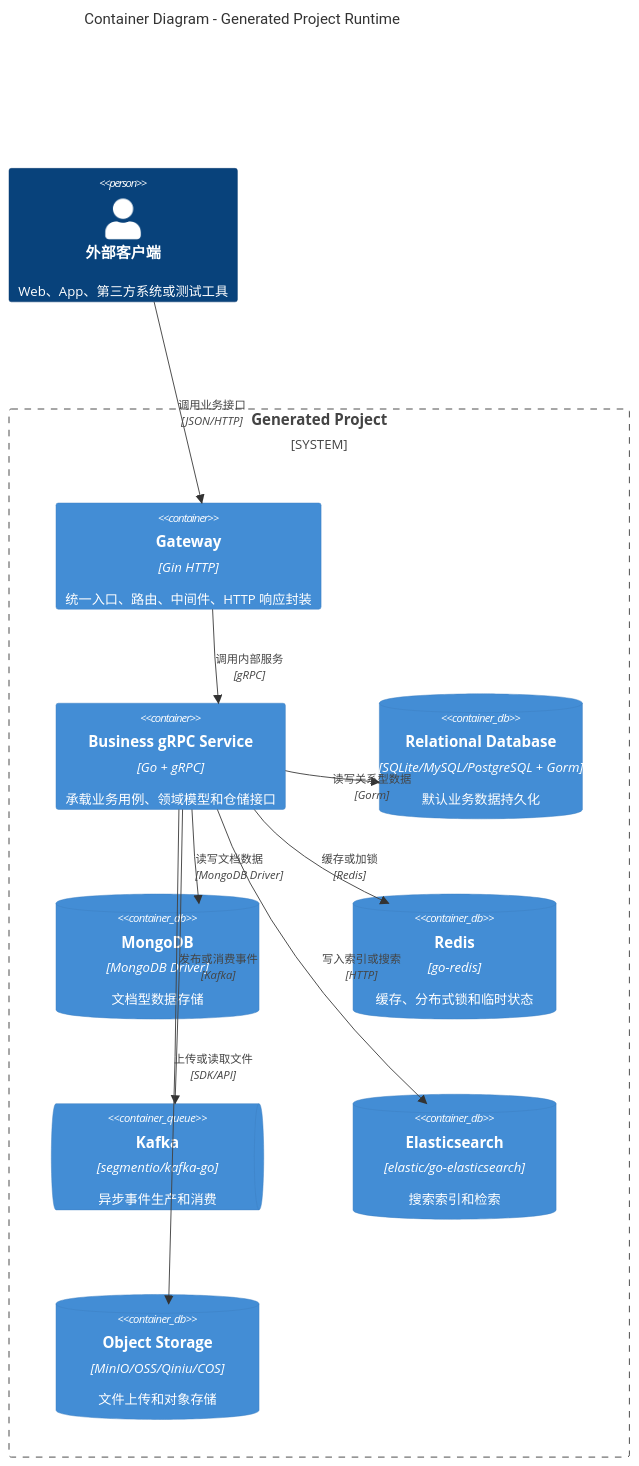
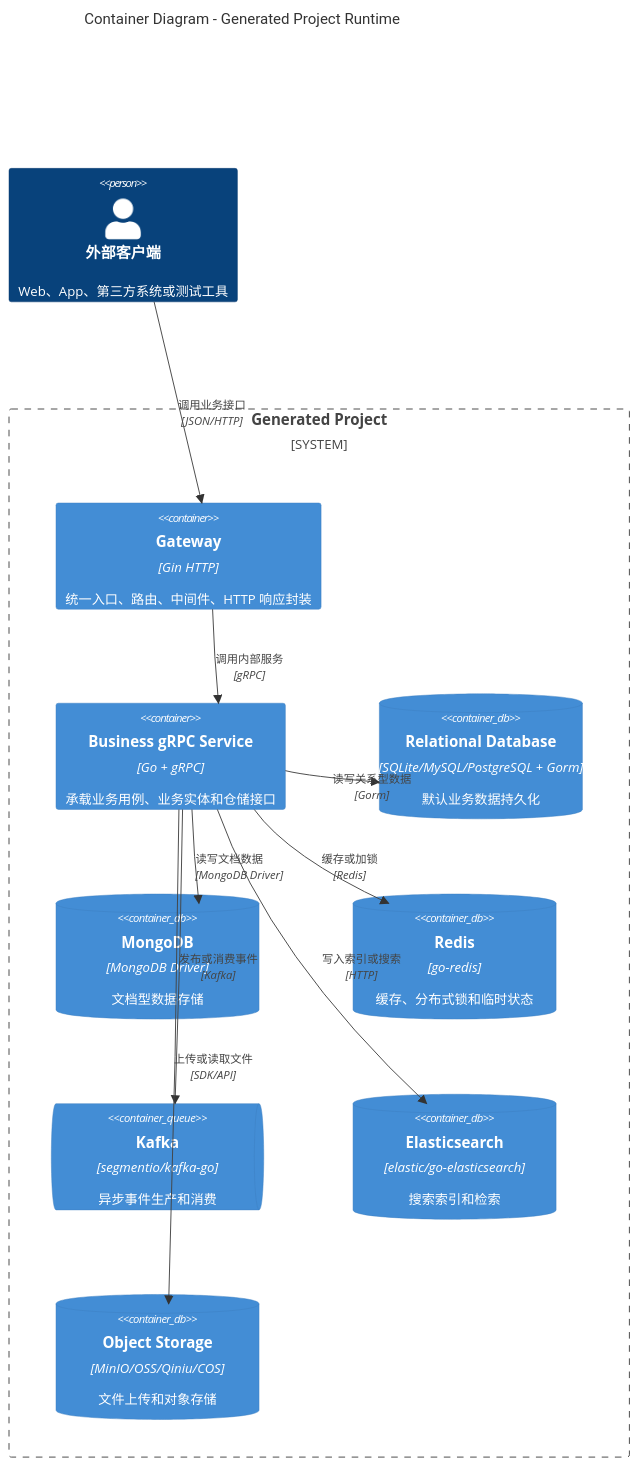
Before and after one commit to BwCloudWeGo/bw-cli: the second of 3 diagrams in README.md, drawn with Mermaid. The commit also changed other lines of this file and 36 other files, not shown here.

````diff
--- a/README.md
+++ b/README.md
@@ -501,26 +503,26 @@
 ```mermaid
 C4Container
   title Container Diagram - Generated Project Runtime
 
   Person(apiClient, "外部客户端", "Web、App、第三方系统或测试工具")
 
   System_Boundary(project, "Generated Project") {
     Container(gateway, "Gateway", "Gin HTTP", "统一入口、路由、中间件、HTTP 响应封装")
-    Container(service, "Business gRPC Service", "Go + gRPC", "承载业务用例、领域模型和仓储接口")
+    Container(service, "Business gRPC Service", "Go + gRPC", "承载业务用例、业务实体和仓储接口")
     ContainerDb(sqlDb, "Relational Database", "SQLite/MySQL/PostgreSQL + Gorm", "默认业务数据持久化")
     ContainerDb(mongoDb, "MongoDB", "MongoDB Driver", "文档型数据存储")
     ContainerDb(redis, "Redis", "go-redis", "缓存、分布式锁和临时状态")
     ContainerQueue(kafka, "Kafka", "segmentio/kafka-go", "异步事件生产和消费")
     ContainerDb(es, "Elasticsearch", "elastic/go-elasticsearch", "搜索索引和检索")
     ContainerDb(objectStorage, "Object Storage", "MinIO/OSS/Qiniu/COS", "文件上传和对象存储")
   }
 
   Rel(apiClient, gateway, "调用业务接口", "JSON/HTTP")
   Rel(gateway, service, "调用内部服务", "gRPC")
   Rel(service, sqlDb, "读写关系型数据", "Gorm")
   Rel(service, mongoDb, "读写文档数据", "MongoDB Driver")
   Rel(service, redis, "缓存或加锁", "Redis")
   Rel(service, kafka, "发布或消费事件", "Kafka")
   Rel(service, es, "写入索引或搜索", "HTTP")
   Rel(service, objectStorage, "上传或读取文件", "SDK/API")
 ```
````
